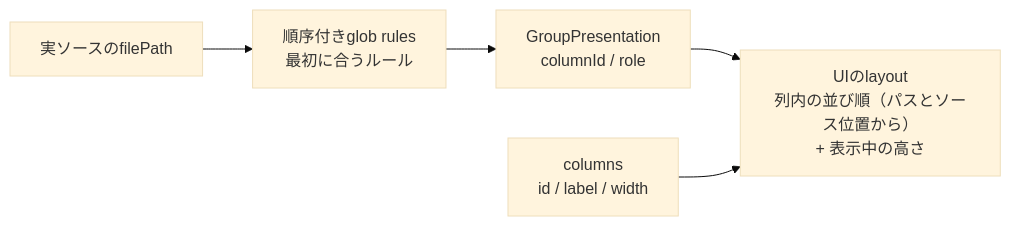
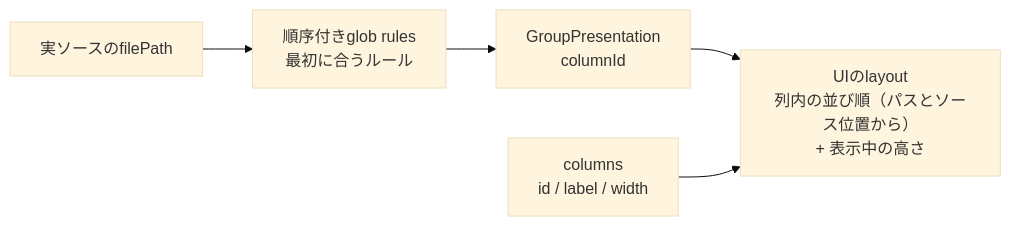
One commit to zeltjs/zelt changed the ninth of 11 diagrams in mocks/studio-spatial/generic-extraction-design.md. Above: the diagram before and after it, drawn with Mermaid (base theme). The commit also changed other lines of this file, not shown here.

```diff
--- a/mocks/studio-spatial/generic-extraction-design.md
+++ b/mocks/studio-spatial/generic-extraction-design.md
@@ -1113,7 +1005,7 @@
 ~~~mermaid
 flowchart LR
   F["実ソースのfilePath"] --> R["順序付きglob rules<br/>最初に合うルール"]
-  R --> P["GroupPresentation<br/>columnId / role"]
+  R --> P["GroupPresentation<br/>columnId"]
   P --> U["UIのlayout<br/>列内の並び順（パスとソース位置から）<br/>+ 表示中の高さ"]
   C["columns<br/>id / label / width"] --> U
 ~~~
```
